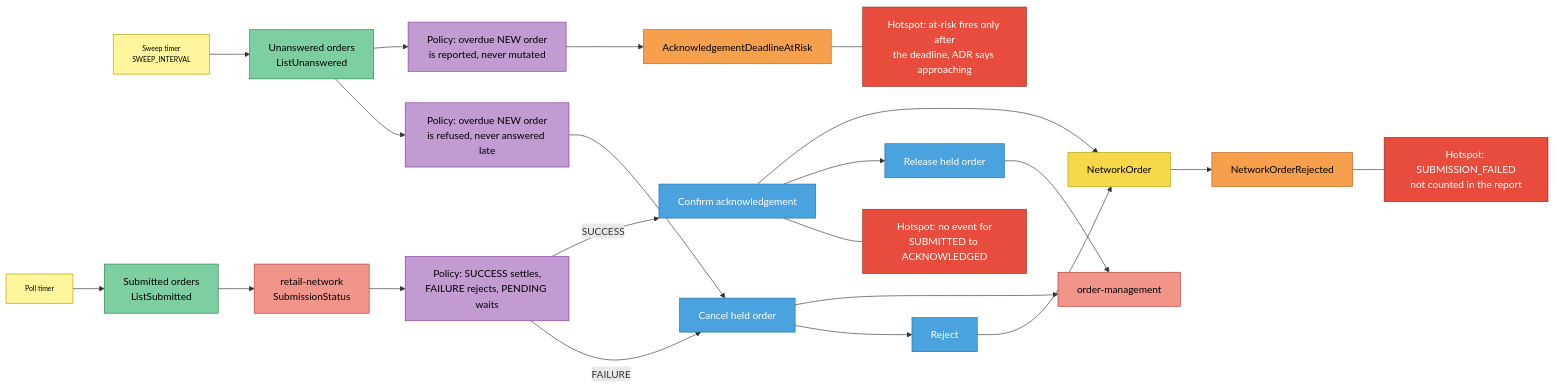
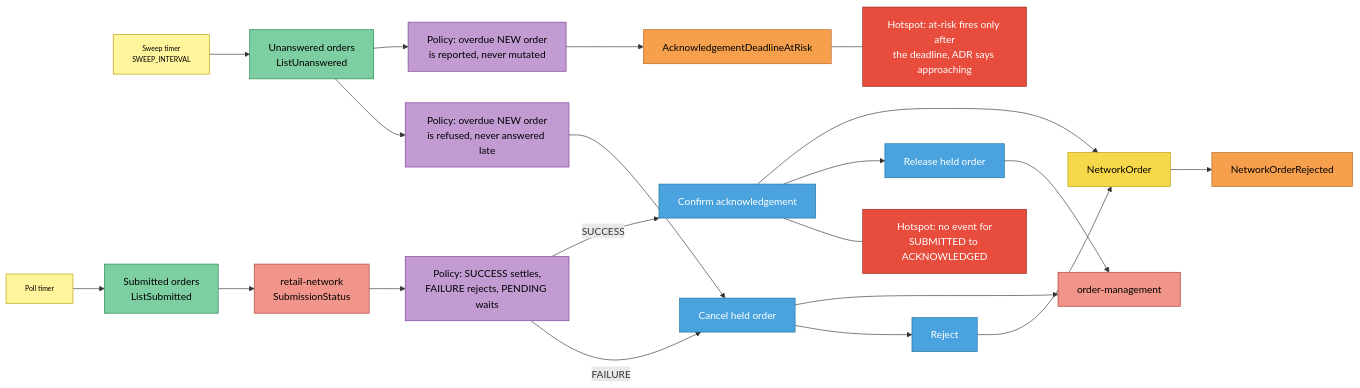
Before and after one commit to IQVO/warehouse-docs: the third of 5 diagrams in docs/contexts/network-fulfillment/eventstorming.md, drawn with Mermaid. The commit also changed other lines of this file and 107 other files, not shown here.

````diff
--- a/docs/contexts/network-fulfillment/eventstorming.md
+++ b/docs/contexts/network-fulfillment/eventstorming.md
@@ -106,52 +106,50 @@
 ```mermaid
 flowchart LR
     T1["Poll timer"]:::actor
     T2["Sweep timer<br/>SWEEP_INTERVAL"]:::actor
     RM1["Submitted orders<br/>ListSubmitted"]:::readmodel
     RM2["Unanswered orders<br/>ListUnanswered"]:::readmodel
     NW["retail-network<br/>SubmissionStatus"]:::external
     POL1["Policy: SUCCESS settles,<br/>FAILURE rejects, PENDING waits"]:::policy
     C1["Confirm acknowledgement"]:::command
     C2["Release held order"]:::command
     C3["Cancel held order"]:::command
     C4["Reject"]:::command
     G1["NetworkOrder"]:::aggregate
     E3["NetworkOrderRejected"]:::event
     POL2["Policy: overdue NEW order<br/>is reported, never mutated"]:::policy
     E4["AcknowledgementDeadlineAtRisk"]:::event
     POL3["Policy: overdue NEW order<br/>is refused, never answered late"]:::policy
     OM["order-management"]:::external
     H3["Hotspot: no event for<br/>SUBMITTED to ACKNOWLEDGED"]:::hotspot
-    H4["Hotspot: SUBMISSION_FAILED<br/>not counted in the report"]:::hotspot
     H5["Hotspot: at-risk fires only after<br/>the deadline, ADR says approaching"]:::hotspot
 
     T1 --> RM1
     RM1 --> NW
     NW --> POL1
     POL1 -->|SUCCESS| C1
     C1 --> G1
     C1 --> C2
     C2 --> OM
     POL1 -->|FAILURE| C3
     C3 --> OM
     C3 --> C4
     C4 --> G1
     G1 --> E3
     T2 --> RM2
     RM2 --> POL2
     POL2 --> E4
     RM2 --> POL3
     POL3 --> C3
     C1 --- H3
-    E3 --- H4
     E4 --- H5
 
     classDef actor fill:#fff59d,stroke:#b59f00,color:#000,font-size:11px
     classDef command fill:#4aa3df,stroke:#1f6f9f,color:#fff
     classDef aggregate fill:#f7d84a,stroke:#b59f00,color:#000
     classDef event fill:#f6a04d,stroke:#b5651d,color:#000
     classDef policy fill:#c39bd3,stroke:#7d3c98,color:#000
     classDef readmodel fill:#7dcea0,stroke:#1e8449,color:#000
     classDef external fill:#f1948a,stroke:#b03a2e,color:#000
     classDef hotspot fill:#e74c3c,stroke:#922b21,color:#fff
 ```
````
